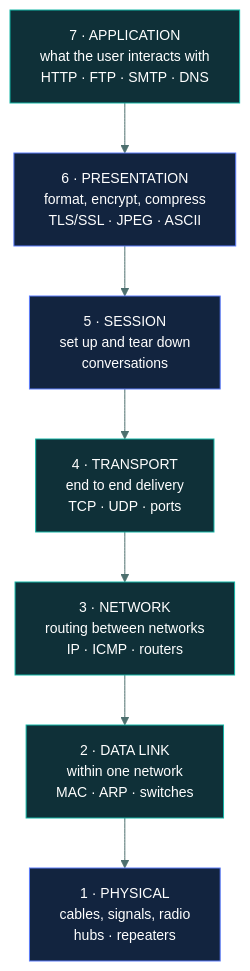
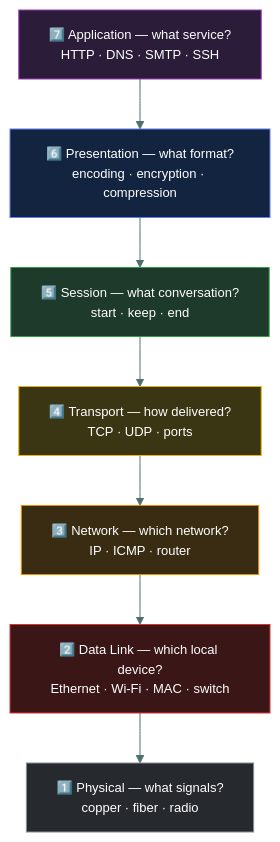
The first of 5 diagrams in 04-network-security/osi-and-tcpip/README.md (tarunTejaDesireddy/cc-exam-prep), drawn with Mermaid before and after one commit. The commit also changed other lines of this file, not shown here.

Commit message:
Replace OSI and TCP/IP with caveman-style version, diagrams and questions

````diff
--- a/04-network-security/osi-and-tcpip/README.md
+++ b/04-network-security/osi-and-tcpip/README.md
@@ -77,21 +56,20 @@
 ```mermaid
-%%{init: {'theme':'base','themeVariables':{'fontSize':'14px','lineColor':'#4d6f6e','textColor':'#dbe7e6'}}}%%
+%%{init: {'theme':'base','themeVariables':{'fontSize':'13px','lineColor':'#4d6f6e','textColor':'#dbe7e6'}}}%%
 flowchart TD
-    L7["7 · APPLICATION<br/>what the user interacts with<br/>HTTP · FTP · SMTP · DNS"]
-    L6["6 · PRESENTATION<br/>format, encrypt, compress<br/>TLS/SSL · JPEG · ASCII"]
-    L5["5 · SESSION<br/>set up and tear down<br/>conversations"]
-    L4["4 · TRANSPORT<br/>end to end delivery<br/>TCP · UDP · ports"]
-    L3["3 · NETWORK<br/>routing between networks<br/>IP · ICMP · routers"]
-    L2["2 · DATA LINK<br/>within one network<br/>MAC · ARP · switches"]
-    L1["1 · PHYSICAL<br/>cables, signals, radio<br/>hubs · repeaters"]
-
+    L7["7️⃣ Application — what service?<br/>HTTP · DNS · SMTP · SSH"]
+    L6["6️⃣ Presentation — what format?<br/>encoding · encryption · compression"]
+    L5["5️⃣ Session — what conversation?<br/>start · keep · end"]
+    L4["4️⃣ Transport — how delivered?<br/>TCP · UDP · ports"]
+    L3["3️⃣ Network — which network?<br/>IP · ICMP · router"]
+    L2["2️⃣ Data Link — which local device?<br/>Ethernet · Wi-Fi · MAC · switch"]
+    L1["1️⃣ Physical — what signals?<br/>copper · fiber · radio"]
     L7 --> L6 --> L5 --> L4 --> L3 --> L2 --> L1
 
-    style L7 fill:#0f3038,stroke:#12B5A5,color:#fff
+    style L7 fill:#2b1d3a,stroke:#9C36B5,color:#fff
     style L6 fill:#12243f,stroke:#5C7CFA,color:#fff
-    style L5 fill:#12243f,stroke:#5C7CFA,color:#fff
-    style L4 fill:#0f3038,stroke:#12B5A5,color:#fff
-    style L3 fill:#0f3038,stroke:#12B5A5,color:#fff
-    style L2 fill:#0f3038,stroke:#12B5A5,color:#fff
-    style L1 fill:#12243f,stroke:#5C7CFA,color:#fff
+    style L5 fill:#1d3a2a,stroke:#2F9E44,color:#fff
+    style L4 fill:#3a3512,stroke:#E8B500,color:#fff
+    style L3 fill:#3a2c12,stroke:#F08C00,color:#fff
+    style L2 fill:#3a1616,stroke:#E03131,color:#fff
+    style L1 fill:#26292e,stroke:#868E96,color:#fff
 ```
````
